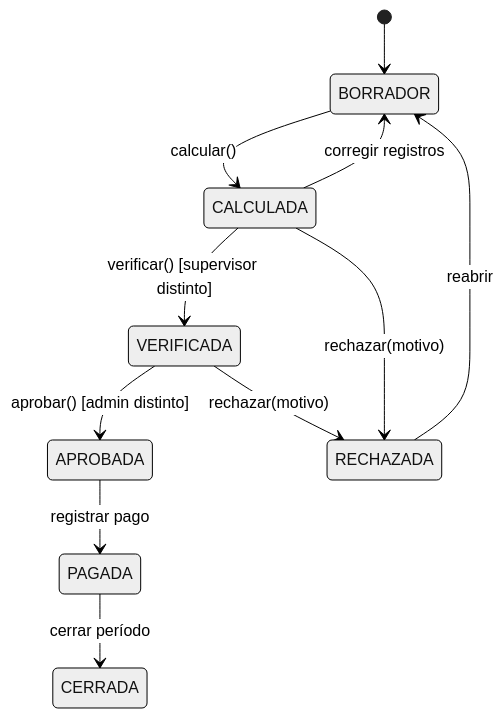
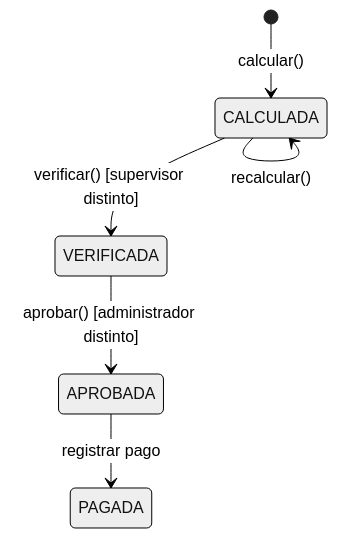
One commit to AgosAnt/planilla-sis changed the second of 4 diagrams in docs/arquitectura-tecnica.md. Above: the diagram before and after it, drawn with Mermaid (neutral theme). The commit also changed other lines of this file, not shown here.

````diff
--- a/docs/arquitectura-tecnica.md
+++ b/docs/arquitectura-tecnica.md
@@ -272,13 +275,8 @@
 ```mermaid
 stateDiagram-v2
-  [*] --> BORRADOR
-  BORRADOR --> CALCULADA: calcular()
-  CALCULADA --> BORRADOR: corregir registros
+  [*] --> CALCULADA: calcular()
+  CALCULADA --> CALCULADA: recalcular()
   CALCULADA --> VERIFICADA: verificar() [supervisor distinto]
-  CALCULADA --> RECHAZADA: rechazar(motivo)
-  VERIFICADA --> APROBADA: aprobar() [admin distinto]
-  VERIFICADA --> RECHAZADA: rechazar(motivo)
-  RECHAZADA --> BORRADOR: reabrir
+  VERIFICADA --> APROBADA: aprobar() [administrador distinto]
   APROBADA --> PAGADA: registrar pago
-  PAGADA --> CERRADA: cerrar período
 ```
````
